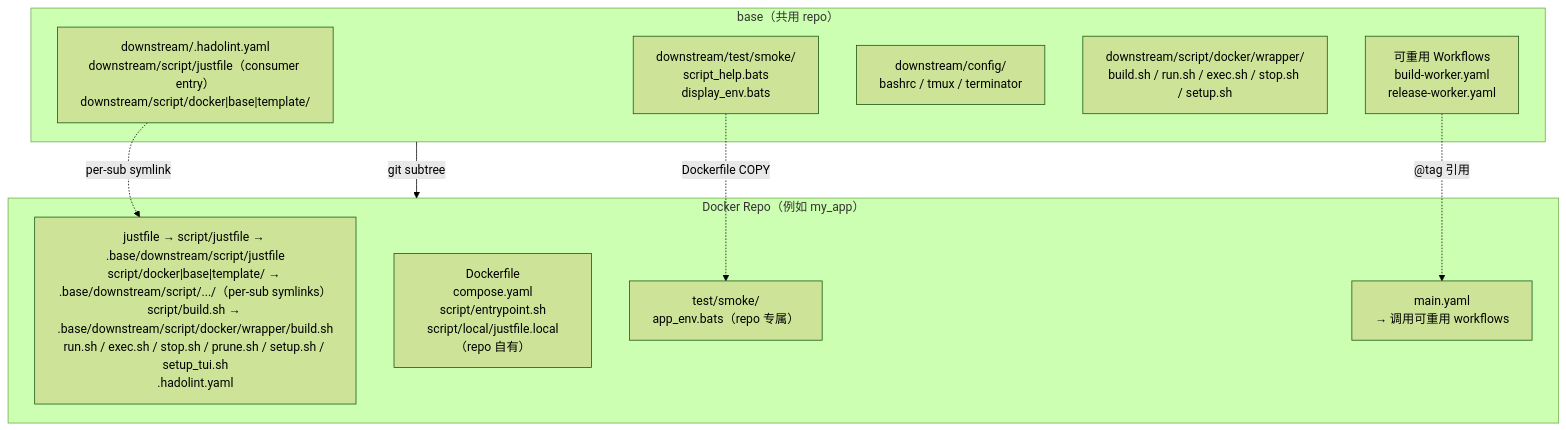
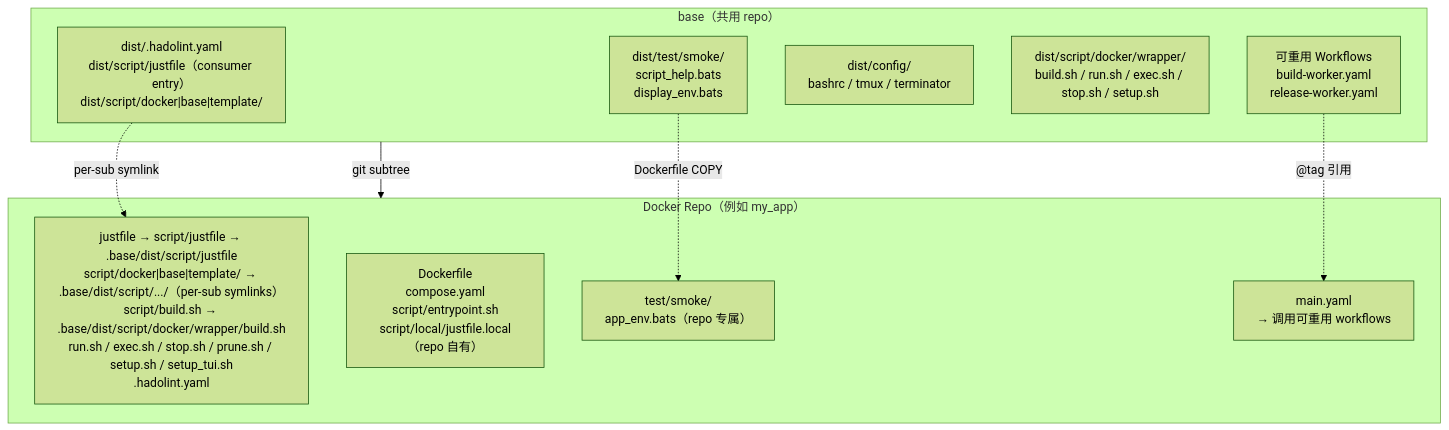
The first of 2 diagrams in doc/readme/README.zh-CN.md (ycpss91255-docker/base), drawn with Mermaid (forest theme) before and after one commit. The commit also changed other lines of this file and 137 other files, not shown here.

First line of the commit message:
refactor: rename downstream/ -> dist/ + lock domain glossary (closes #714) (#715)

````diff
--- a/doc/readme/README.zh-CN.md
+++ b/doc/readme/README.zh-CN.md
@@ -78,22 +78,22 @@
 ```mermaid
 graph TB
     subgraph base["base（共用 repo）"]
-        scripts["downstream/.hadolint.yaml<br/>downstream/script/justfile（consumer entry）<br/>downstream/script/docker|base|template/"]
-        smoke["downstream/test/smoke/<br/>script_help.bats<br/>display_env.bats"]
-        config["downstream/config/<br/>bashrc / tmux / terminator"]
-        mgmt["downstream/script/docker/wrapper/<br/>build.sh / run.sh / exec.sh / stop.sh / setup.sh"]
+        scripts["dist/.hadolint.yaml<br/>dist/script/justfile（consumer entry）<br/>dist/script/docker|base|template/"]
+        smoke["dist/test/smoke/<br/>script_help.bats<br/>display_env.bats"]
+        config["dist/config/<br/>bashrc / tmux / terminator"]
+        mgmt["dist/script/docker/wrapper/<br/>build.sh / run.sh / exec.sh / stop.sh / setup.sh"]
         workflows["可重用 Workflows<br/>build-worker.yaml<br/>release-worker.yaml"]
     end
 
     subgraph consumer["Docker Repo（例如 my_app）"]
-        symlinks["justfile → script/justfile → .base/downstream/script/justfile<br/>script/docker|base|template/ → .base/downstream/script/.../（per-sub symlinks）<br/>script/build.sh → .base/downstream/script/docker/wrapper/build.sh<br/>run.sh / exec.sh / stop.sh / prune.sh / setup.sh / setup_tui.sh<br/>.hadolint.yaml"]
+        symlinks["justfile → script/justfile → .base/dist/script/justfile<br/>script/docker|base|template/ → .base/dist/script/.../（per-sub symlinks）<br/>script/build.sh → .base/dist/script/docker/wrapper/build.sh<br/>run.sh / exec.sh / stop.sh / prune.sh / setup.sh / setup_tui.sh<br/>.hadolint.yaml"]
         dockerfile["Dockerfile<br/>compose.yaml<br/>script/entrypoint.sh<br/>script/local/justfile.local（repo 自有）"]
         repo_test["test/smoke/<br/>app_env.bats（repo 专属）"]
         main_yaml["main.yaml<br/>→ 调用可重用 workflows"]
     end
 
     base -- "git subtree" --> consumer
     scripts -. "per-sub symlink" .-> symlinks
     smoke -. "Dockerfile COPY" .-> repo_test
     workflows -. "@tag 引用" .-> main_yaml
 ```
````
